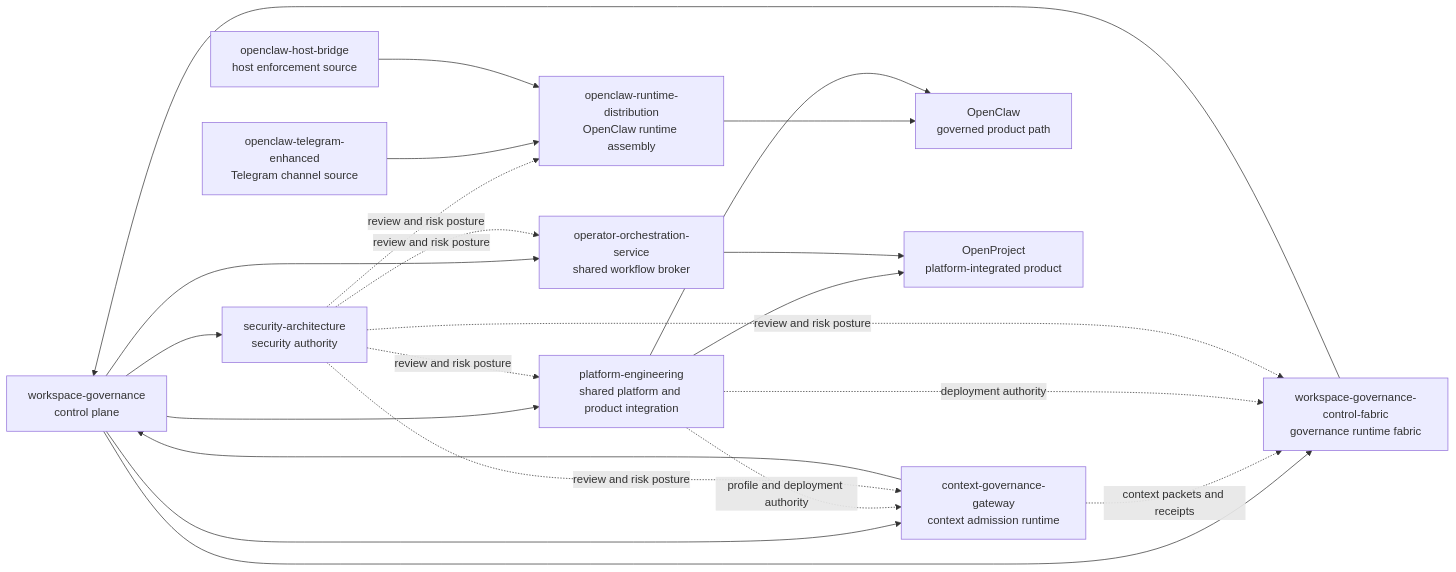
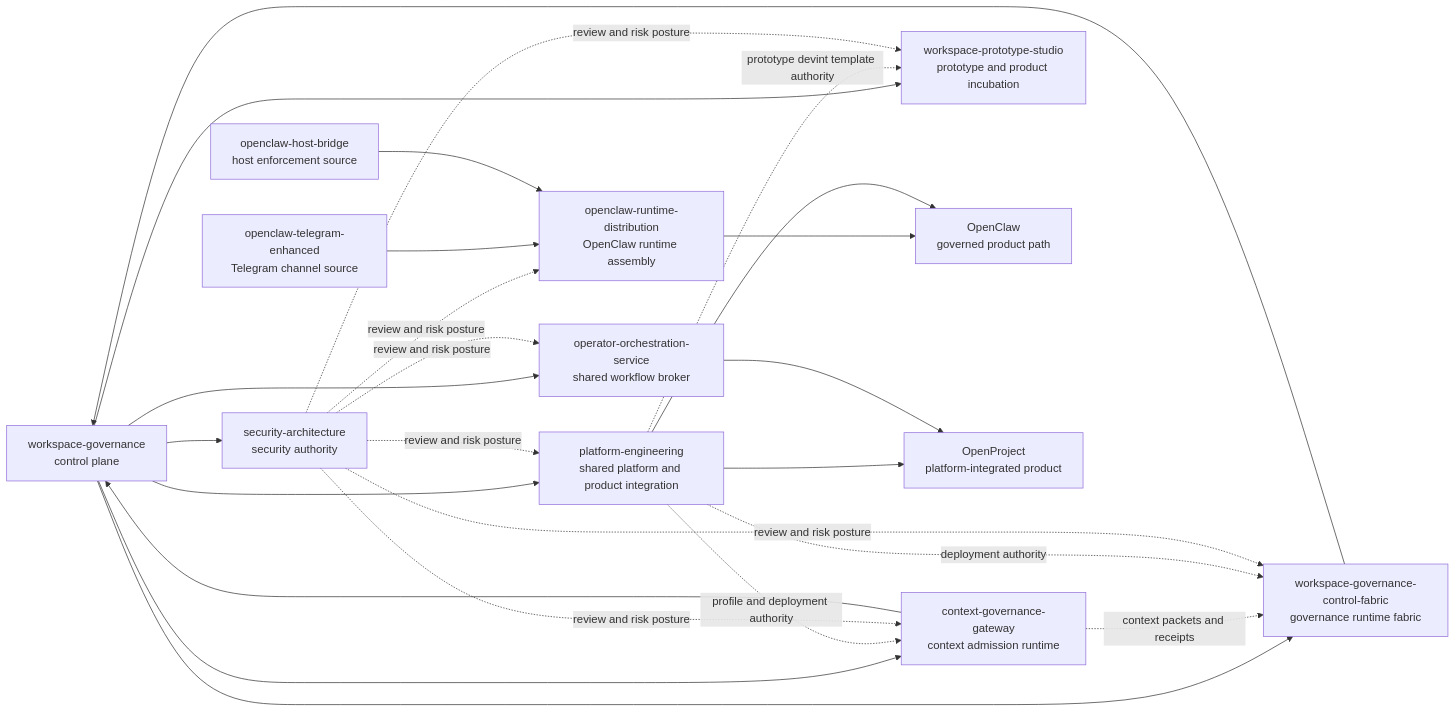
One commit to mfshaf7/workspace-governance changed the first of 2 diagrams in workspace-root/README.md. Above: the diagram before and after it, drawn with Mermaid. The commit also changed other lines of this file and 18 other files, not shown here.

Commit message:
Onboard workspace prototype studio (#122)

````diff
--- a/workspace-root/README.md
+++ b/workspace-root/README.md
@@ -25,36 +25,40 @@
 ```mermaid
 flowchart LR
     WG[workspace-governance<br/>control plane]
     WGCF[workspace-governance-control-fabric<br/>governance runtime fabric]
     CGG[context-governance-gateway<br/>context admission runtime]
+    WPS[workspace-prototype-studio<br/>prototype and product incubation]
     SA[security-architecture<br/>security authority]
     PE[platform-engineering<br/>shared platform and product integration]
     OOS[operator-orchestration-service<br/>shared workflow broker]
     OTE[openclaw-telegram-enhanced<br/>Telegram channel source]
     OHB[openclaw-host-bridge<br/>host enforcement source]
     OCRD[openclaw-runtime-distribution<br/>OpenClaw runtime assembly]
     OC[OpenClaw<br/>governed product path]
     OP[OpenProject<br/>platform-integrated product]
 
     WG --> PE
     WG --> OOS
     WG --> SA
     WG --> WGCF
     WG --> CGG
+    WG --> WPS
     WGCF --> WG
     CGG --> WG
     CGG -. context packets and receipts .-> WGCF
     PE -. deployment authority .-> WGCF
     PE -. profile and deployment authority .-> CGG
+    PE -. prototype devint template authority .-> WPS
     SA -. review and risk posture .-> WGCF
     SA -. review and risk posture .-> CGG
+    SA -. review and risk posture .-> WPS
     SA -. review and risk posture .-> PE
     SA -. review and risk posture .-> OOS
     SA -. review and risk posture .-> OCRD
     OTE --> OCRD
     OHB --> OCRD
     OCRD --> OC
     PE --> OC
     PE --> OP
     OOS --> OP
 ```
````
